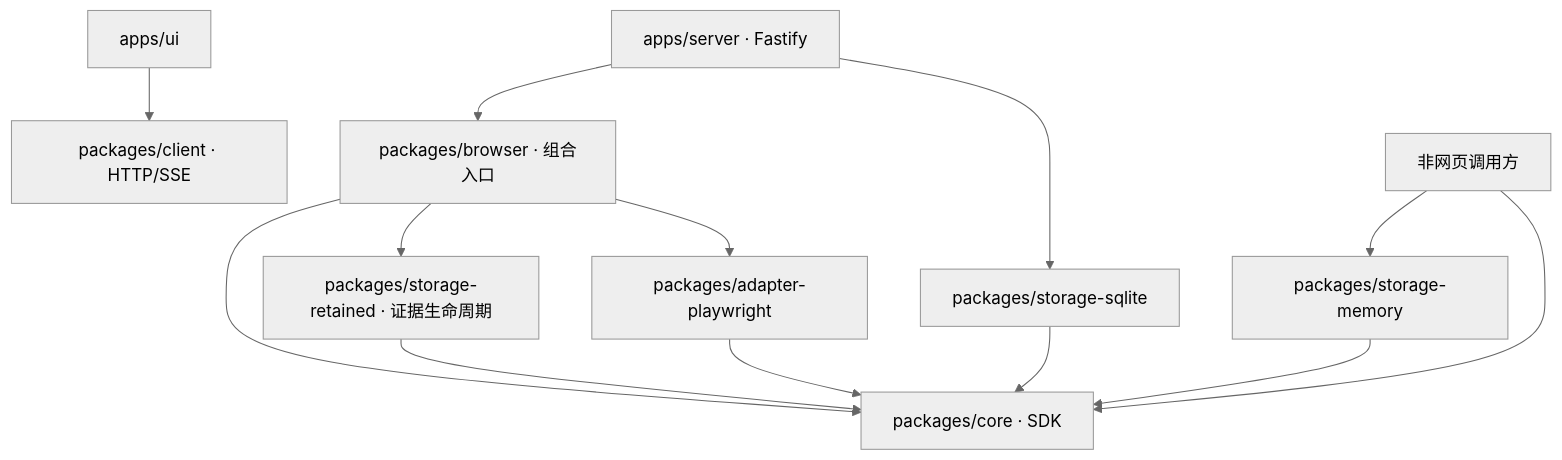
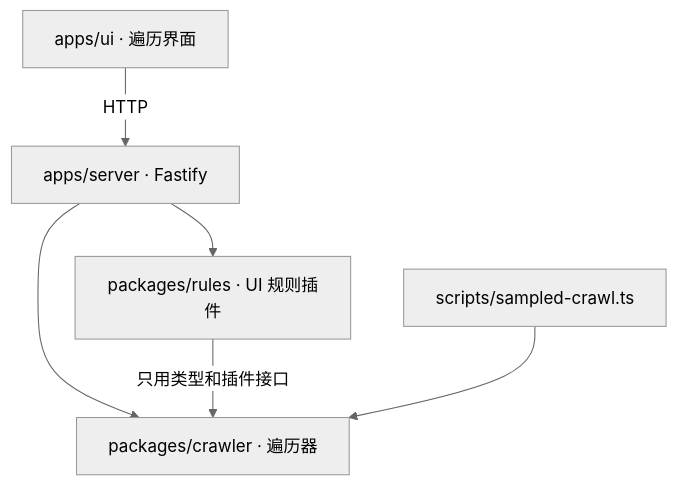
One commit to FailLone/browser-interaction-engine changed the diagram in docs/ARCHITECTURE.md. Above: the diagram before and after it, drawn with Mermaid (neutral theme). The commit also changed other lines of this file and 5499 other files, not shown here.

First line of the commit message:
Remove the session engine and keep only the crawler, rules and crawl UI

````diff
--- a/docs/ARCHITECTURE.md
+++ b/docs/ARCHITECTURE.md
@@ -7,15 +5,8 @@
 ```mermaid
 flowchart TD
-  UI[apps/ui] --> Client[packages/client · HTTP/SSE]
-  Server[apps/server · Fastify] --> Browser[packages/browser · 组合入口]
-  Server --> SQLite[packages/storage-sqlite]
-  Browser --> PW[packages/adapter-playwright]
-  Browser --> Core[packages/core · SDK]
-  Browser --> Retained[packages/storage-retained · 证据生命周期]
-  Retained --> Core
-  PW --> Core
-  SQLite --> Core
-  Memory[packages/storage-memory] --> Core
-  Caller[非网页调用方] --> Core
-  Caller --> Memory
+  UI[apps/ui · 遍历界面] -->|HTTP| Server[apps/server · Fastify]
+  Server --> Crawler[packages/crawler · 遍历器]
+  Server --> Rules[packages/rules · UI 规则插件]
+  Rules -->|只用类型和插件接口| Crawler
+  Script[scripts/sampled-crawl.ts] --> Crawler
 ```
````
